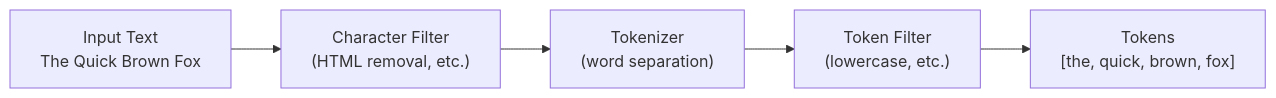
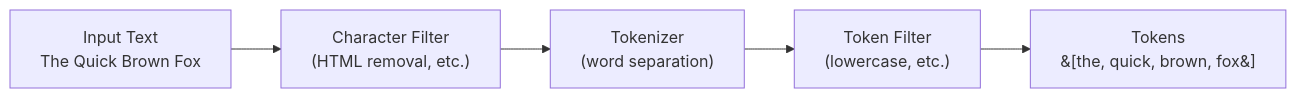
The diagram in content/en/docs/elasticsearch/concepts/data-modeling.md (advanced-beginner/advanced-beginner.github.io), drawn with Mermaid before and after one commit. The commit also changed other lines of this file and 21 other files, not shown here.

````diff
--- a/content/en/docs/elasticsearch/concepts/data-modeling.md
+++ b/content/en/docs/elasticsearch/concepts/data-modeling.md
@@ -272,8 +296,8 @@
 ```mermaid
 flowchart LR
     A["Input Text<br>The Quick Brown Fox"]
     --> B["Character Filter<br>(HTML removal, etc.)"]
     --> C["Tokenizer<br>(word separation)"]
     --> D["Token Filter<br>(lowercase, etc.)"]
-    --> E["Tokens<br>#91;the, quick, brown, fox#93;"]
+    --> E["Tokens<br>&#91;the, quick, brown, fox&#93;"]
 ```
````
